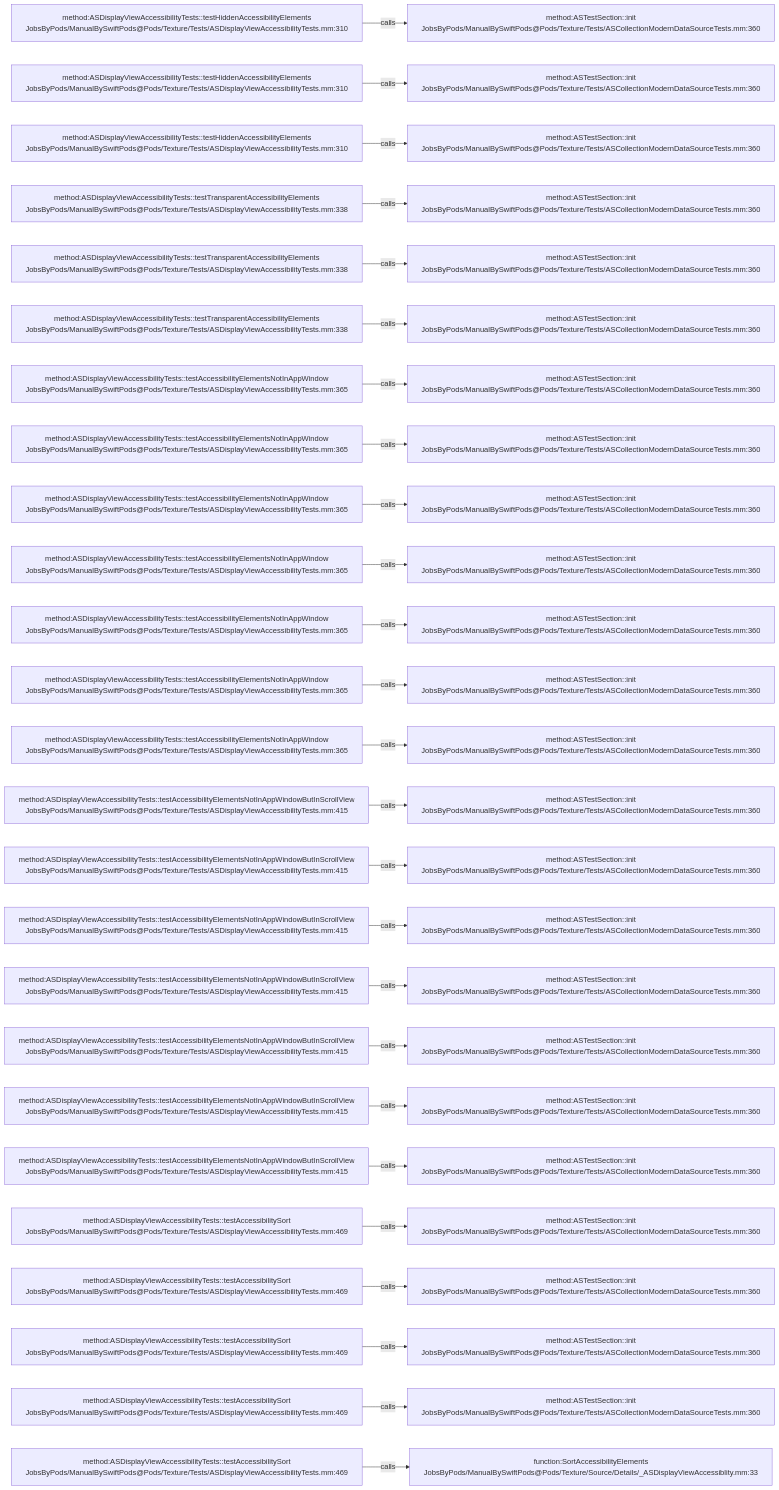
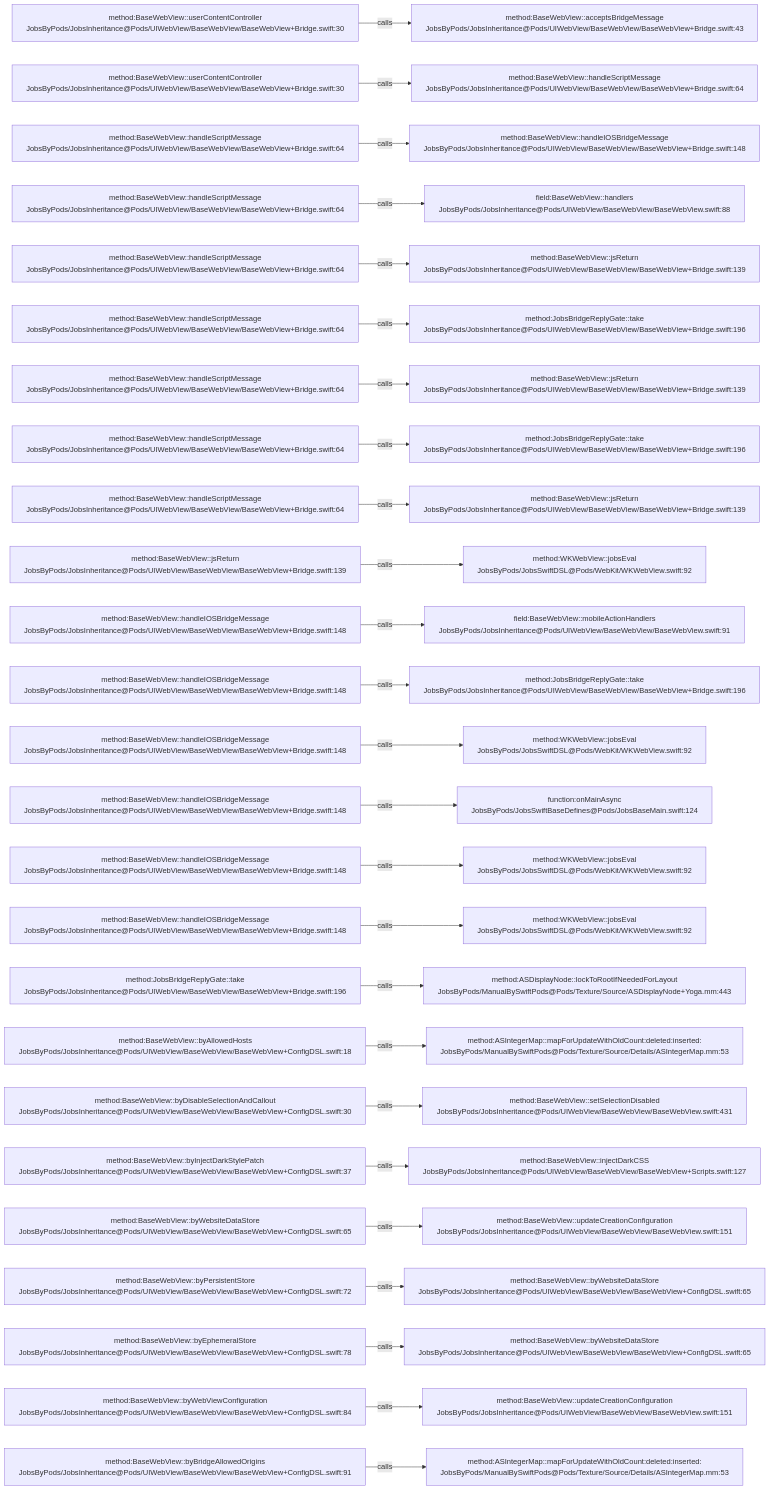
Before and after one commit to JobsKits/JobsSwiftBaseConfigDemo: the diagram in .codegraph/codegraph.md/graphs/calls-199.md, drawn with Mermaid. The commit also changed 224 other files, not shown here.

````diff
--- a/.codegraph/codegraph.md/graphs/calls-199.md
+++ b/.codegraph/codegraph.md/graphs/calls-199.md
@@ -13,78 +13,78 @@
 ```mermaid
 flowchart LR
-  S1["method:ASDisplayViewAccessibilityTests::testHiddenAccessibilityElements<br/>JobsByPods/ManualBySwiftPods@Pods/Texture/Tests/ASDisplayViewAccessibilityTests.mm:310"]
-  T1["method:ASTestSection::init<br/>JobsByPods/ManualBySwiftPods@Pods/Texture/Tests/ASCollectionModernDataSourceTests.mm:360"]
+  S1["method:BaseWebView::userContentController<br/>JobsByPods/JobsInheritance@Pods/UIWebView/BaseWebView/BaseWebView+Bridge.swift:30"]
+  T1["method:BaseWebView::acceptsBridgeMessage<br/>JobsByPods/JobsInheritance@Pods/UIWebView/BaseWebView/BaseWebView+Bridge.swift:43"]
   S1 -->|calls| T1
-  S2["method:ASDisplayViewAccessibilityTests::testHiddenAccessibilityElements<br/>JobsByPods/ManualBySwiftPods@Pods/Texture/Tests/ASDisplayViewAccessibilityTests.mm:310"]
-  T2["method:ASTestSection::init<br/>JobsByPods/ManualBySwiftPods@Pods/Texture/Tests/ASCollectionModernDataSourceTests.mm:360"]
+  S2["method:BaseWebView::userContentController<br/>JobsByPods/JobsInheritance@Pods/UIWebView/BaseWebView/BaseWebView+Bridge.swift:30"]
+  T2["method:BaseWebView::handleScriptMessage<br/>JobsByPods/JobsInheritance@Pods/UIWebView/BaseWebView/BaseWebView+Bridge.swift:64"]
   S2 -->|calls| T2
-  S3["method:ASDisplayViewAccessibilityTests::testHiddenAccessibilityElements<br/>JobsByPods/ManualBySwiftPods@Pods/Texture/Tests/ASDisplayViewAccessibilityTests.mm:310"]
-  T3["method:ASTestSection::init<br/>JobsByPods/ManualBySwiftPods@Pods/Texture/Tests/ASCollectionModernDataSourceTests.mm:360"]
+  S3["method:BaseWebView::handleScriptMessage<br/>JobsByPods/JobsInheritance@Pods/UIWebView/BaseWebView/BaseWebView+Bridge.swift:64"]
+  T3["method:BaseWebView::handleIOSBridgeMessage<br/>JobsByPods/JobsInheritance@Pods/UIWebView/BaseWebView/BaseWebView+Bridge.swift:148"]
   S3 -->|calls| T3
-  S4["method:ASDisplayViewAccessibilityTests::testTransparentAccessibilityElements<br/>JobsByPods/ManualBySwiftPods@Pods/Texture/Tests/ASDisplayViewAccessibilityTests.mm:338"]
-  T4["method:ASTestSection::init<br/>JobsByPods/ManualBySwiftPods@Pods/Texture/Tests/ASCollectionModernDataSourceTests.mm:360"]
+  S4["method:BaseWebView::handleScriptMessage<br/>JobsByPods/JobsInheritance@Pods/UIWebView/BaseWebView/BaseWebView+Bridge.swift:64"]
+  T4["field:BaseWebView::handlers<br/>JobsByPods/JobsInheritance@Pods/UIWebView/BaseWebView/BaseWebView.swift:88"]
   S4 -->|calls| T4
-  S5["method:ASDisplayViewAccessibilityTests::testTransparentAccessibilityElements<br/>JobsByPods/ManualBySwiftPods@Pods/Texture/Tests/ASDisplayViewAccessibilityTests.mm:338"]
-  T5["method:ASTestSection::init<br/>JobsByPods/ManualBySwiftPods@Pods/Texture/Tests/ASCollectionModernDataSourceTests.mm:360"]
+  S5["method:BaseWebView::handleScriptMessage<br/>JobsByPods/JobsInheritance@Pods/UIWebView/BaseWebView/BaseWebView+Bridge.swift:64"]
+  T5["method:BaseWebView::jsReturn<br/>JobsByPods/JobsInheritance@Pods/UIWebView/BaseWebView/BaseWebView+Bridge.swift:139"]
   S5 -->|calls| T5
-  S6["method:ASDisplayViewAccessibilityTests::testTransparentAccessibilityElements<br/>JobsByPods/ManualBySwiftPods@Pods/Texture/Tests/ASDisplayViewAccessibilityTests.mm:338"]
-  T6["method:ASTestSection::init<br/>JobsByPods/ManualBySwiftPods@Pods/Texture/Tests/ASCollectionModernDataSourceTests.mm:360"]
+  S6["method:BaseWebView::handleScriptMessage<br/>JobsByPods/JobsInheritance@Pods/UIWebView/BaseWebView/BaseWebView+Bridge.swift:64"]
+  T6["method:JobsBridgeReplyGate::take<br/>JobsByPods/JobsInheritance@Pods/UIWebView/BaseWebView/BaseWebView+Bridge.swift:196"]
   S6 -->|calls| T6
-  S7["method:ASDisplayViewAccessibilityTests::testAccessibilityElementsNotInAppWindow<br/>JobsByPods/ManualBySwiftPods@Pods/Texture/Tests/ASDisplayViewAccessibilityTests.mm:365"]
-  T7["method:ASTestSection::init<br/>JobsByPods/ManualBySwiftPods@Pods/Texture/Tests/ASCollectionModernDataSourceTests.mm:360"]
+  S7["method:BaseWebView::handleScriptMessage<br/>JobsByPods/JobsInheritance@Pods/UIWebView/BaseWebView/BaseWebView+Bridge.swift:64"]
+  T7["method:BaseWebView::jsReturn<br/>JobsByPods/JobsInheritance@Pods/UIWebView/BaseWebView/BaseWebView+Bridge.swift:139"]
   S7 -->|calls| T7
-  S8["method:ASDisplayViewAccessibilityTests::testAccessibilityElementsNotInAppWindow<br/>JobsByPods/ManualBySwiftPods@Pods/Texture/Tests/ASDisplayViewAccessibilityTests.mm:365"]
-  T8["method:ASTestSection::init<br/>JobsByPods/ManualBySwiftPods@Pods/Texture/Tests/ASCollectionModernDataSourceTests.mm:360"]
+  S8["method:BaseWebView::handleScriptMessage<br/>JobsByPods/JobsInheritance@Pods/UIWebView/BaseWebView/BaseWebView+Bridge.swift:64"]
+  T8["method:JobsBridgeReplyGate::take<br/>JobsByPods/JobsInheritance@Pods/UIWebView/BaseWebView/BaseWebView+Bridge.swift:196"]
   S8 -->|calls| T8
-  S9["method:ASDisplayViewAccessibilityTests::testAccessibilityElementsNotInAppWindow<br/>JobsByPods/ManualBySwiftPods@Pods/Texture/Tests/ASDisplayViewAccessibilityTests.mm:365"]
-  T9["method:ASTestSection::init<br/>JobsByPods/ManualBySwiftPods@Pods/Texture/Tests/ASCollectionModernDataSourceTests.mm:360"]
+  S9["method:BaseWebView::handleScriptMessage<br/>JobsByPods/JobsInheritance@Pods/UIWebView/BaseWebView/BaseWebView+Bridge.swift:64"]
+  T9["method:BaseWebView::jsReturn<br/>JobsByPods/JobsInheritance@Pods/UIWebView/BaseWebView/BaseWebView+Bridge.swift:139"]
   S9 -->|calls| T9
-  S10["method:ASDisplayViewAccessibilityTests::testAccessibilityElementsNotInAppWindow<br/>JobsByPods/ManualBySwiftPods@Pods/Texture/Tests/ASDisplayViewAccessibilityTests.mm:365"]
-  T10["method:ASTestSection::init<br/>JobsByPods/ManualBySwiftPods@Pods/Texture/Tests/ASCollectionModernDataSourceTests.mm:360"]
+  S10["method:BaseWebView::jsReturn<br/>JobsByPods/JobsInheritance@Pods/UIWebView/BaseWebView/BaseWebView+Bridge.swift:139"]
+  T10["method:WKWebView::jobsEval<br/>JobsByPods/JobsSwiftDSL@Pods/WebKit/WKWebView.swift:92"]
   S10 -->|calls| T10
-  S11["method:ASDisplayViewAccessibilityTests::testAccessibilityElementsNotInAppWindow<br/>JobsByPods/ManualBySwiftPods@Pods/Texture/Tests/ASDisplayViewAccessibilityTests.mm:365"]
-  T11["method:ASTestSection::init<br/>JobsByPods/ManualBySwiftPods@Pods/Texture/Tests/ASCollectionModernDataSourceTests.mm:360"]
+  S11["method:BaseWebView::handleIOSBridgeMessage<br/>JobsByPods/JobsInheritance@Pods/UIWebView/BaseWebView/BaseWebView+Bridge.swift:148"]
+  T11["field:BaseWebView::mobileActionHandlers<br/>JobsByPods/JobsInheritance@Pods/UIWebView/BaseWebView/BaseWebView.swift:91"]
   S11 -->|calls| T11
-  S12["method:ASDisplayViewAccessibilityTests::testAccessibilityElementsNotInAppWindow<br/>JobsByPods/ManualBySwiftPods@Pods/Texture/Tests/ASDisplayViewAccessibilityTests.mm:365"]
-  T12["method:ASTestSection::init<br/>JobsByPods/ManualBySwiftPods@Pods/Texture/Tests/ASCollectionModernDataSourceTests.mm:360"]
+  S12["method:BaseWebView::handleIOSBridgeMessage<br/>JobsByPods/JobsInheritance@Pods/UIWebView/BaseWebView/BaseWebView+Bridge.swift:148"]
+  T12["method:JobsBridgeReplyGate::take<br/>JobsByPods/JobsInheritance@Pods/UIWebView/BaseWebView/BaseWebView+Bridge.swift:196"]
   S12 -->|calls| T12
-  S13["method:ASDisplayViewAccessibilityTests::testAccessibilityElementsNotInAppWindow<br/>JobsByPods/ManualBySwiftPods@Pods/Texture/Tests/ASDisplayViewAccessibilityTests.mm:365"]
-  T13["method:ASTestSection::init<br/>JobsByPods/ManualBySwiftPods@Pods/Texture/Tests/ASCollectionModernDataSourceTests.mm:360"]
+  S13["method:BaseWebView::handleIOSBridgeMessage<br/>JobsByPods/JobsInheritance@Pods/UIWebView/BaseWebView/BaseWebView+Bridge.swift:148"]
+  T13["method:WKWebView::jobsEval<br/>JobsByPods/JobsSwiftDSL@Pods/WebKit/WKWebView.swift:92"]
   S13 -->|calls| T13
-  S14["method:ASDisplayViewAccessibilityTests::testAccessibilityElementsNotInAppWindowButInScrollView<br/>JobsByPods/ManualBySwiftPods@Pods/Texture/Tests/ASDisplayViewAccessibilityTests.mm:415"]
-  T14["method:ASTestSection::init<br/>JobsByPods/ManualBySwiftPods@Pods/Texture/Tests/ASCollectionModernDataSourceTests.mm:360"]
+  S14["method:BaseWebView::handleIOSBridgeMessage<br/>JobsByPods/JobsInheritance@Pods/UIWebView/BaseWebView/BaseWebView+Bridge.swift:148"]
+  T14["function:onMainAsync<br/>JobsByPods/JobsSwiftBaseDefines@Pods/JobsBaseMain.swift:124"]
   S14 -->|calls| T14
-  S15["method:ASDisplayViewAccessibilityTests::testAccessibilityElementsNotInAppWindowButInScrollView<br/>JobsByPods/ManualBySwiftPods@Pods/Texture/Tests/ASDisplayViewAccessibilityTests.mm:415"]
-  T15["method:ASTestSection::init<br/>JobsByPods/ManualBySwiftPods@Pods/Texture/Tests/ASCollectionModernDataSourceTests.mm:360"]
+  S15["method:BaseWebView::handleIOSBridgeMessage<br/>JobsByPods/JobsInheritance@Pods/UIWebView/BaseWebView/BaseWebView+Bridge.swift:148"]
+  T15["method:WKWebView::jobsEval<br/>JobsByPods/JobsSwiftDSL@Pods/WebKit/WKWebView.swift:92"]
   S15 -->|calls| T15
-  S16["method:ASDisplayViewAccessibilityTests::testAccessibilityElementsNotInAppWindowButInScrollView<br/>JobsByPods/ManualBySwiftPods@Pods/Texture/Tests/ASDisplayViewAccessibilityTests.mm:415"]
-  T16["method:ASTestSection::init<br/>JobsByPods/ManualBySwiftPods@Pods/Texture/Tests/ASCollectionModernDataSourceTests.mm:360"]
+  S16["method:BaseWebView::handleIOSBridgeMessage<br/>JobsByPods/JobsInheritance@Pods/UIWebView/BaseWebView/BaseWebView+Bridge.swift:148"]
+  T16["method:WKWebView::jobsEval<br/>JobsByPods/JobsSwiftDSL@Pods/WebKit/WKWebView.swift:92"]
   S16 -->|calls| T16
-  S17["method:ASDisplayViewAccessibilityTests::testAccessibilityElementsNotInAppWindowButInScrollView<br/>JobsByPods/ManualBySwiftPods@Pods/Texture/Tests/ASDisplayViewAccessibilityTests.mm:415"]
-  T17["method:ASTestSection::init<br/>JobsByPods/ManualBySwiftPods@Pods/Texture/Tests/ASCollectionModernDataSourceTests.mm:360"]
+  S17["method:JobsBridgeReplyGate::take<br/>JobsByPods/JobsInheritance@Pods/UIWebView/BaseWebView/BaseWebView+Bridge.swift:196"]
+  T17["method:ASDisplayNode::lockToRootIfNeededForLayout<br/>JobsByPods/ManualBySwiftPods@Pods/Texture/Source/ASDisplayNode+Yoga.mm:443"]
   S17 -->|calls| T17
-  S18["method:ASDisplayViewAccessibilityTests::testAccessibilityElementsNotInAppWindowButInScrollView<br/>JobsByPods/ManualBySwiftPods@Pods/Texture/Tests/ASDisplayViewAccessibilityTests.mm:415"]
-  T18["method:ASTestSection::init<br/>JobsByPods/ManualBySwiftPods@Pods/Texture/Tests/ASCollectionModernDataSourceTests.mm:360"]
+  S18["method:BaseWebView::byAllowedHosts<br/>JobsByPods/JobsInheritance@Pods/UIWebView/BaseWebView/BaseWebView+ConfigDSL.swift:18"]
+  T18["method:ASIntegerMap::mapForUpdateWithOldCount:deleted:inserted:<br/>JobsByPods/ManualBySwiftPods@Pods/Texture/Source/Details/ASIntegerMap.mm:53"]
   S18 -->|calls| T18
-  S19["method:ASDisplayViewAccessibilityTests::testAccessibilityElementsNotInAppWindowButInScrollView<br/>JobsByPods/ManualBySwiftPods@Pods/Texture/Tests/ASDisplayViewAccessibilityTests.mm:415"]
-  T19["method:ASTestSection::init<br/>JobsByPods/ManualBySwiftPods@Pods/Texture/Tests/ASCollectionModernDataSourceTests.mm:360"]
+  S19["method:BaseWebView::byDisableSelectionAndCallout<br/>JobsByPods/JobsInheritance@Pods/UIWebView/BaseWebView/BaseWebView+ConfigDSL.swift:30"]
+  T19["method:BaseWebView::setSelectionDisabled<br/>JobsByPods/JobsInheritance@Pods/UIWebView/BaseWebView/BaseWebView.swift:431"]
   S19 -->|calls| T19
-  S20["method:ASDisplayViewAccessibilityTests::testAccessibilityElementsNotInAppWindowButInScrollView<br/>JobsByPods/ManualBySwiftPods@Pods/Texture/Tests/ASDisplayViewAccessibilityTests.mm:415"]
-  T20["method:ASTestSection::init<br/>JobsByPods/ManualBySwiftPods@Pods/Texture/Tests/ASCollectionModernDataSourceTests.mm:360"]
+  S20["method:BaseWebView::byInjectDarkStylePatch<br/>JobsByPods/JobsInheritance@Pods/UIWebView/BaseWebView/BaseWebView+ConfigDSL.swift:37"]
+  T20["method:BaseWebView::injectDarkCSS<br/>JobsByPods/JobsInheritance@Pods/UIWebView/BaseWebView/BaseWebView+Scripts.swift:127"]
   S20 -->|calls| T20
-  S21["method:ASDisplayViewAccessibilityTests::testAccessibilitySort<br/>JobsByPods/ManualBySwiftPods@Pods/Texture/Tests/ASDisplayViewAccessibilityTests.mm:469"]
-  T21["method:ASTestSection::init<br/>JobsByPods/ManualBySwiftPods@Pods/Texture/Tests/ASCollectionModernDataSourceTests.mm:360"]
+  S21["method:BaseWebView::byWebsiteDataStore<br/>JobsByPods/JobsInheritance@Pods/UIWebView/BaseWebView/BaseWebView+ConfigDSL.swift:65"]
+  T21["method:BaseWebView::updateCreationConfiguration<br/>JobsByPods/JobsInheritance@Pods/UIWebView/BaseWebView/BaseWebView.swift:151"]
   S21 -->|calls| T21
-  S22["method:ASDisplayViewAccessibilityTests::testAccessibilitySort<br/>JobsByPods/ManualBySwiftPods@Pods/Texture/Tests/ASDisplayViewAccessibilityTests.mm:469"]
-  T22["method:ASTestSection::init<br/>JobsByPods/ManualBySwiftPods@Pods/Texture/Tests/ASCollectionModernDataSourceTests.mm:360"]
+  S22["method:BaseWebView::byPersistentStore<br/>JobsByPods/JobsInheritance@Pods/UIWebView/BaseWebView/BaseWebView+ConfigDSL.swift:72"]
+  T22["method:BaseWebView::byWebsiteDataStore<br/>JobsByPods/JobsInheritance@Pods/UIWebView/BaseWebView/BaseWebView+ConfigDSL.swift:65"]
   S22 -->|calls| T22
-  S23["method:ASDisplayViewAccessibilityTests::testAccessibilitySort<br/>JobsByPods/ManualBySwiftPods@Pods/Texture/Tests/ASDisplayViewAccessibilityTests.mm:469"]
-  T23["method:ASTestSection::init<br/>JobsByPods/ManualBySwiftPods@Pods/Texture/Tests/ASCollectionModernDataSourceTests.mm:360"]
+  S23["method:BaseWebView::byEphemeralStore<br/>JobsByPods/JobsInheritance@Pods/UIWebView/BaseWebView/BaseWebView+ConfigDSL.swift:78"]
+  T23["method:BaseWebView::byWebsiteDataStore<br/>JobsByPods/JobsInheritance@Pods/UIWebView/BaseWebView/BaseWebView+ConfigDSL.swift:65"]
   S23 -->|calls| T23
-  S24["method:ASDisplayViewAccessibilityTests::testAccessibilitySort<br/>JobsByPods/ManualBySwiftPods@Pods/Texture/Tests/ASDisplayViewAccessibilityTests.mm:469"]
-  T24["method:ASTestSection::init<br/>JobsByPods/ManualBySwiftPods@Pods/Texture/Tests/ASCollectionModernDataSourceTests.mm:360"]
+  S24["method:BaseWebView::byWebViewConfiguration<br/>JobsByPods/JobsInheritance@Pods/UIWebView/BaseWebView/BaseWebView+ConfigDSL.swift:84"]
+  T24["method:BaseWebView::updateCreationConfiguration<br/>JobsByPods/JobsInheritance@Pods/UIWebView/BaseWebView/BaseWebView.swift:151"]
   S24 -->|calls| T24
-  S25["method:ASDisplayViewAccessibilityTests::testAccessibilitySort<br/>JobsByPods/ManualBySwiftPods@Pods/Texture/Tests/ASDisplayViewAccessibilityTests.mm:469"]
-  T25["function:SortAccessibilityElements<br/>JobsByPods/ManualBySwiftPods@Pods/Texture/Source/Details/_ASDisplayViewAccessiblity.mm:33"]
+  S25["method:BaseWebView::byBridgeAllowedOrigins<br/>JobsByPods/JobsInheritance@Pods/UIWebView/BaseWebView/BaseWebView+ConfigDSL.swift:91"]
+  T25["method:ASIntegerMap::mapForUpdateWithOldCount:deleted:inserted:<br/>JobsByPods/ManualBySwiftPods@Pods/Texture/Source/Details/ASIntegerMap.mm:53"]
   S25 -->|calls| T25
 ```
````
